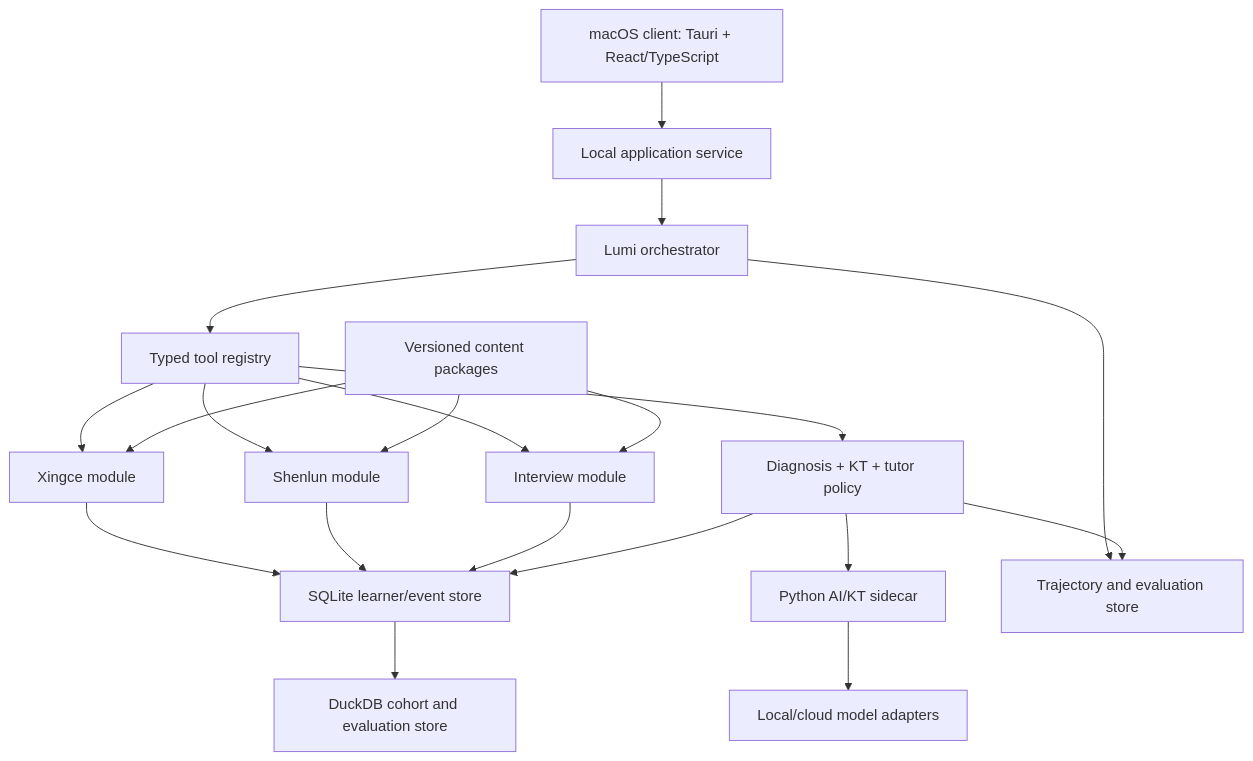
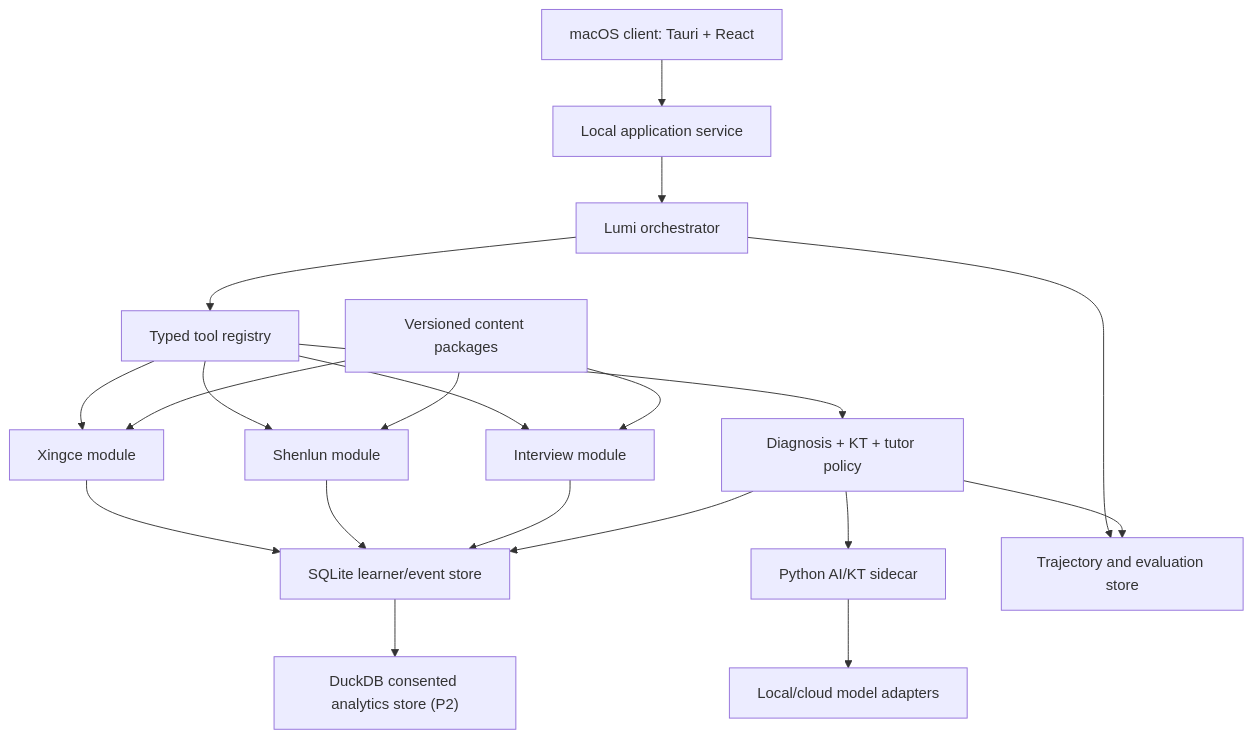
One commit to shawliu998/lumi changed the diagram in docs/ARCHITECTURE.md. Above: the diagram before and after it, drawn with Mermaid. The commit also changed other lines of this file and 97 other files, not shown here.

````diff
--- a/docs/ARCHITECTURE.md
+++ b/docs/ARCHITECTURE.md
@@ -9,37 +26,37 @@
 ```mermaid
 flowchart TB
-  UI["macOS client: Tauri + React/TypeScript"]
+  UI["macOS client: Tauri + React"]
   APP["Local application service"]
   ORCH["Lumi orchestrator"]
   TOOLS["Typed tool registry"]
   X["Xingce module"]
   S["Shenlun module"]
   I["Interview module"]
   LEARN["Diagnosis + KT + tutor policy"]
   DATA["SQLite learner/event store"]
-  ANALYTICS["DuckDB cohort and evaluation store"]
+  ANALYTICS["DuckDB consented analytics store (P2)"]
   AI["Python AI/KT sidecar"]
   PROVIDERS["Local/cloud model adapters"]
   TRACE["Trajectory and evaluation store"]
   PACK["Versioned content packages"]
 
   UI --> APP
   APP --> ORCH
   ORCH --> TOOLS
   TOOLS --> X
   TOOLS --> S
   TOOLS --> I
   TOOLS --> LEARN
   X --> DATA
   S --> DATA
   I --> DATA
   LEARN --> DATA
   LEARN --> AI
   AI --> PROVIDERS
   DATA --> ANALYTICS
   ORCH --> TRACE
   LEARN --> TRACE
   PACK --> X
   PACK --> S
   PACK --> I
 ```
````
